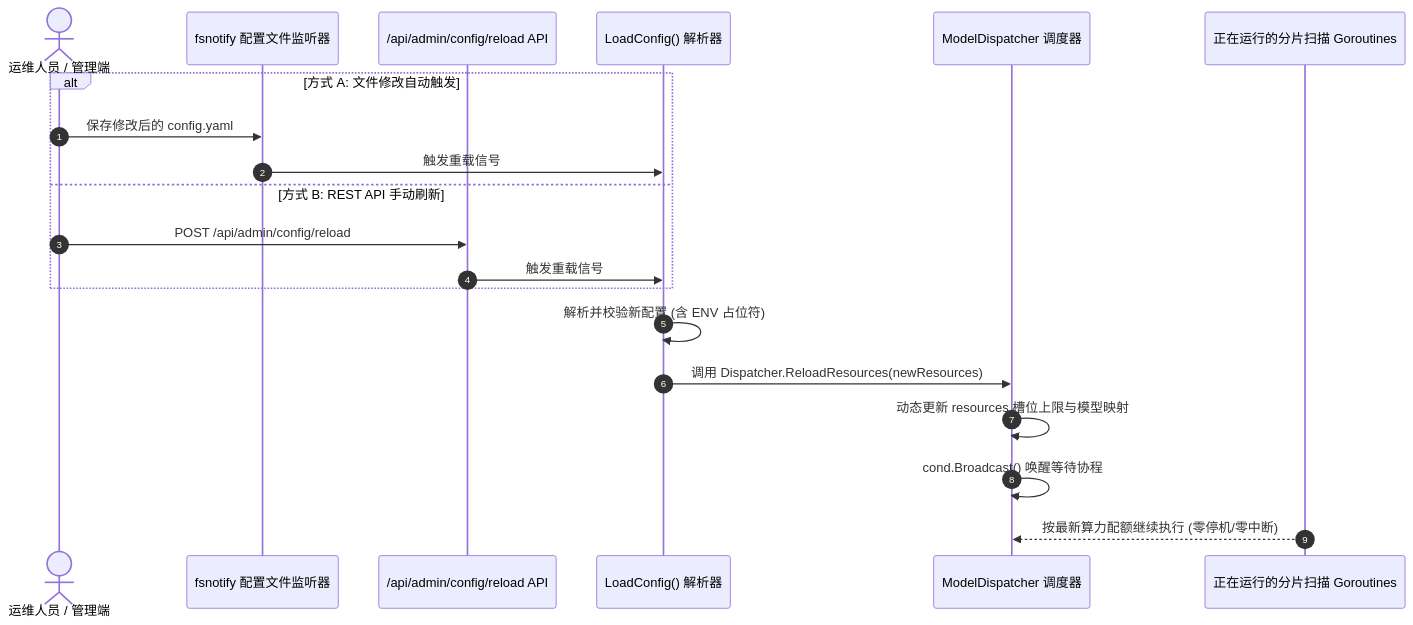
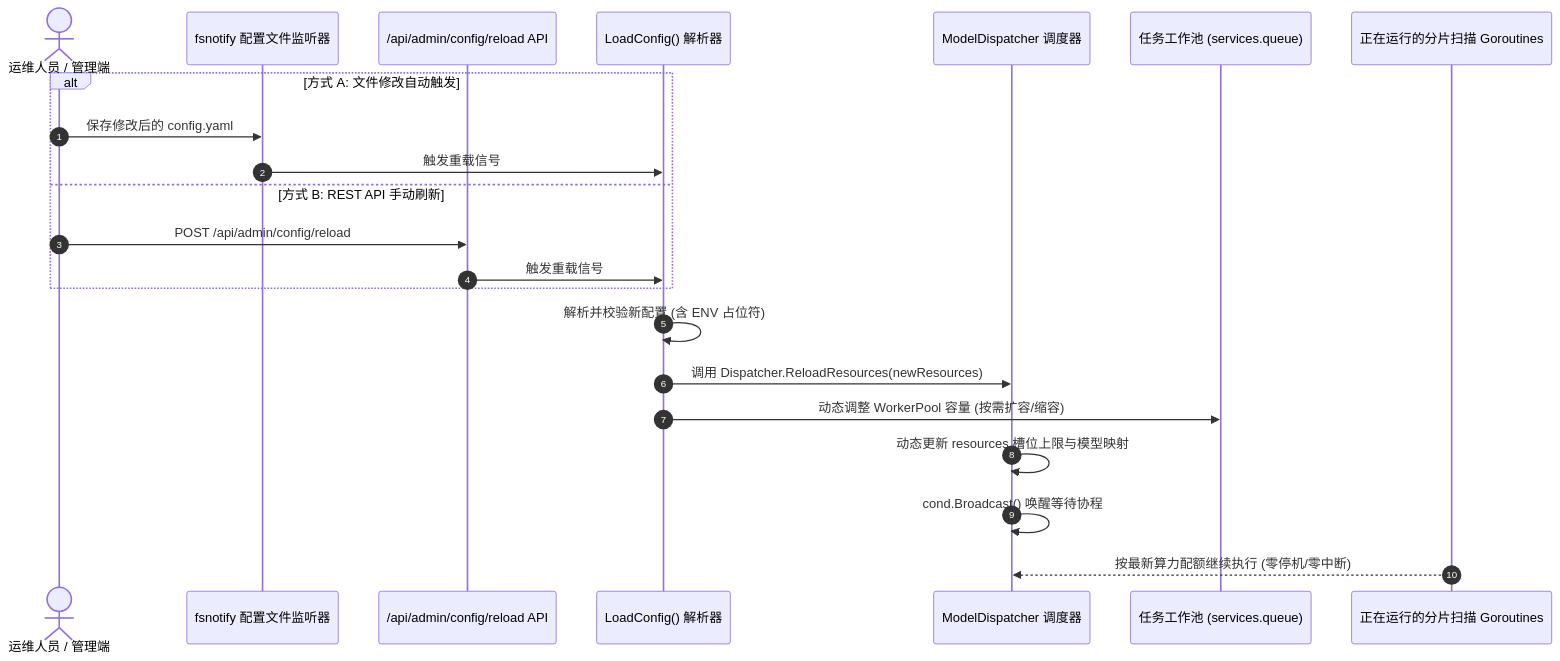
The third of 3 diagrams in docs/native-llm-architecture/02-CodeShield-AI执行引擎与企业治理配置架构优化设计.md (fugui/code-shield), drawn with Mermaid before and after one commit. The commit also changed other lines of this file, not shown here.

````diff
--- a/docs/native-llm-architecture/02-CodeShield-AI执行引擎与企业治理配置架构优化设计.md
+++ b/docs/native-llm-architecture/02-CodeShield-AI执行引擎与企业治理配置架构优化设计.md
@@ -364,24 +386,26 @@
 ```mermaid
 sequenceDiagram
     autonumber
     actor Admin as 运维人员 / 管理端
     participant Watcher as fsnotify 配置文件监听器
     participant AdminAPI as /api/admin/config/reload API
     participant Loader as LoadConfig() 解析器
     participant Dispatcher as ModelDispatcher 调度器
+    participant WorkerPool as 任务工作池 (services.queue)
     participant Workers as 正在运行的分片扫描 Goroutines
 
     alt 方式 A: 文件修改自动触发
         Admin->>Watcher: 保存修改后的 config.yaml
         Watcher->>Loader: 触发重载信号
     else 方式 B: REST API 手动刷新
         Admin->>AdminAPI: POST /api/admin/config/reload
         AdminAPI->>Loader: 触发重载信号
     end
 
     Loader->>Loader: 解析并校验新配置 (含 ENV 占位符)
     Loader->>Dispatcher: 调用 Dispatcher.ReloadResources(newResources)
+    Loader->>WorkerPool: 动态调整 WorkerPool 容量 (按需扩容/缩容)
     Dispatcher->>Dispatcher: 动态更新 resources 槽位上限与模型映射
     Dispatcher->>Dispatcher: cond.Broadcast() 唤醒等待协程
     Workers-->>Dispatcher: 按最新算力配额继续执行 (零停机/零中断)
 ```
````
